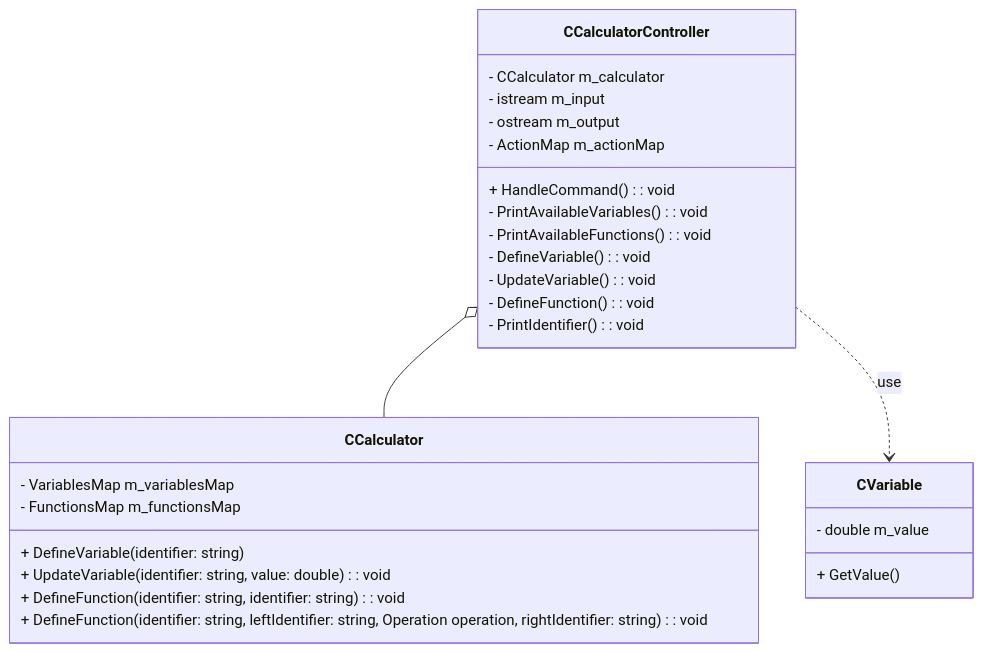
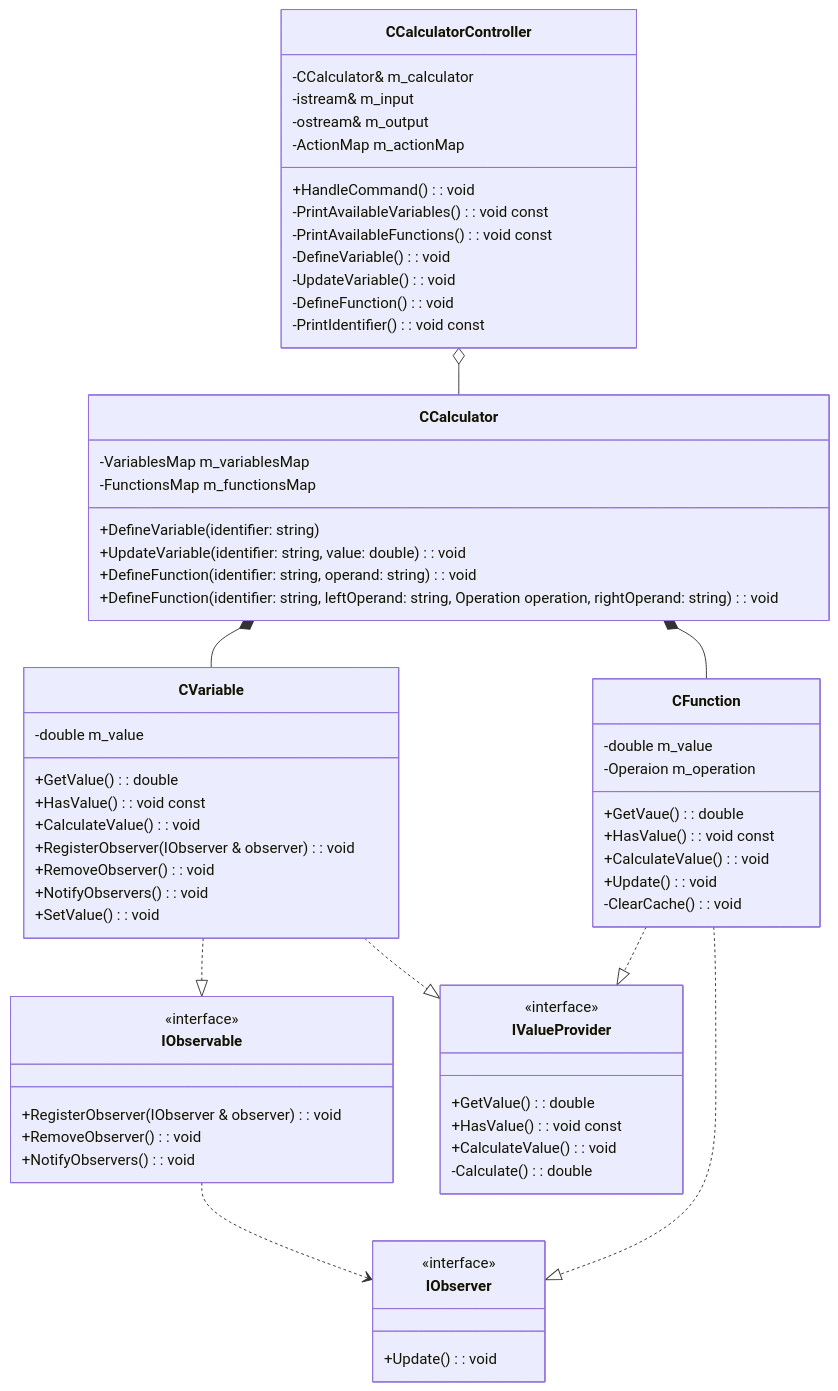
The diagram in lw3/Calculator/diagram.md (Exevald/oop), drawn with Mermaid before and after one commit.

Commit message:
Спроектировал первый вариант калькулятора

````diff
--- a/lw3/Calculator/diagram.md
+++ b/lw3/Calculator/diagram.md
@@ -1,34 +1,76 @@
 ```mermaid
 classDiagram
+    class CCalculatorController {
+        -CCalculator& m_calculator
+        -istream& m_input
+        -ostream& m_output
+        -ActionMap m_actionMap
+        +HandleCommand(): void
+        -PrintAvailableVariables(): void const
+        -PrintAvailableFunctions(): void const
+        -DefineVariable(): void
+        -UpdateVariable(): void
+        -DefineFunction(): void
+        -PrintIdentifier(): void const
+    }
 
-class CCalculatorController {
-    - CCalculator m_calculator
-    - istream m_input
-    - ostream m_output
-    - ActionMap m_actionMap
-    + HandleCommand(): void
-    - PrintAvailableVariables(): void
-    - PrintAvailableFunctions(): void
-    - DefineVariable(): void
-    - UpdateVariable(): void
-    - DefineFunction(): void
-    - PrintIdentifier(): void
-}
+    class CCalculator {
+        -VariablesMap m_variablesMap
+        -FunctionsMap m_functionsMap
+        +DefineVariable(identifier: string)
+        +UpdateVariable(identifier: string, value: double): void
+        +DefineFunction(identifier: string, operand: string): void
+        +DefineFunction(identifier: string, leftOperand: string, Operation operation, rightOperand: string): void
+    }
 
-class CCalculator {
-    - VariablesMap m_variablesMap
-    - FunctionsMap m_functionsMap
-    + DefineVariable(identifier: string)
-    + UpdateVariable(identifier: string, value: double): void
-    + DefineFunction(identifier: string, identifier: string): void
-    + DefineFunction(identifier: string, leftIdentifier: string, Operation operation, rightIdentifier: string): void
-}
+    class CVariable {
+        -double m_value
+        +GetValue(): double
+        +HasValue(): void const
+        +CalculateValue(): void
+        +RegisterObserver(IObserver & observer): void
+        +RemoveObserver(): void
+        +NotifyObservers(): void
+        +SetValue(): void
+    }
 
-class CVariable {
-    - double m_value
-    + GetValue()
-}
+    class CFunction {
+        -double m_value
+        -Operaion m_operation
+        +GetVaue(): double
+        +HasValue(): void const
+        +CalculateValue(): void
+        +Update(): void
+        -ClearCache(): void
+    }
 
-CCalculatorController o-- CCalculator
-CCalculatorController ..> CVariable : use
+    class IValueProvider {
+        <<interface>>
+        +GetValue(): double
+        +HasValue(): void const
+        +CalculateValue(): void
+        -Calculate(): double
+    }
+
+    class IObservable {
+        <<interface>>
+        +RegisterObserver(IObserver & observer): void
+        +RemoveObserver(): void
+        +NotifyObservers(): void
+    }
+
+    class IObserver {
+        <<interface>>
+        +Update(): void
+    }
+
+    CCalculatorController o-- CCalculator
+    CVariable ..|> IObservable
+    CCalculator *-- CVariable
+    CCalculator *-- CFunction
+    CVariable ..|> IValueProvider
+    CFunction ..|> IValueProvider
+    CFunction ..|> IObserver
+    IObservable ..> IObserver
+
 ```
````
